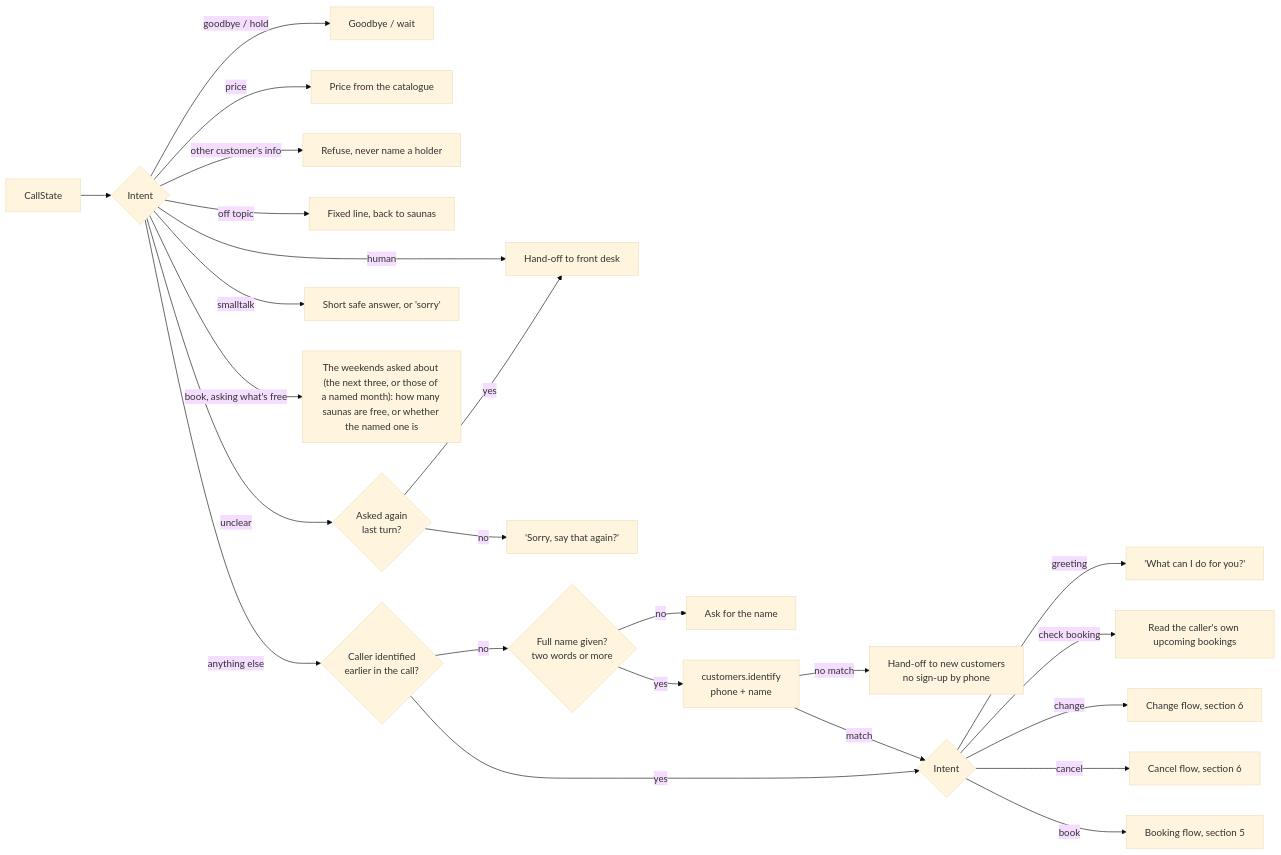
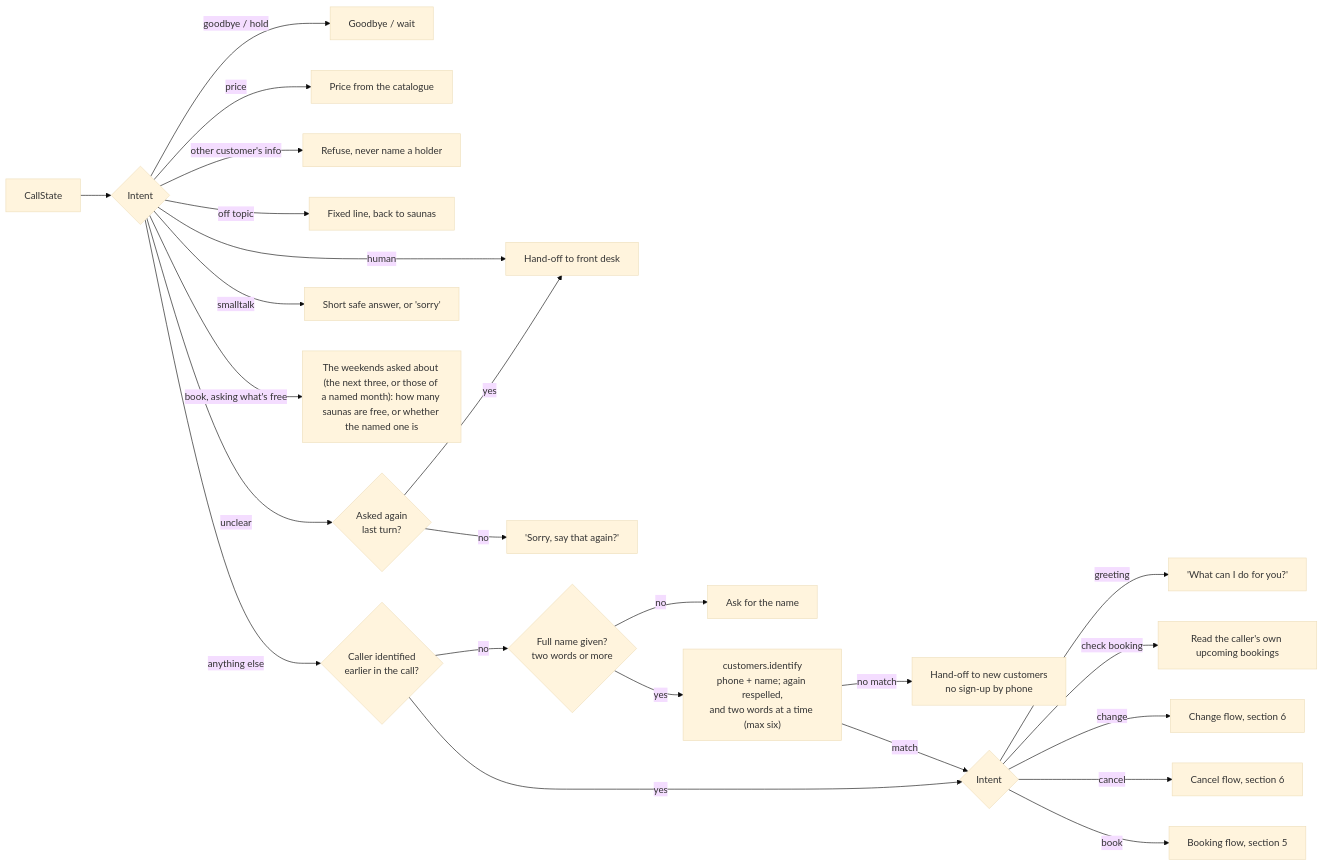
The third of 5 diagrams in docs/architecture/logic-flow.md (GoxMAN8/pirtis-on-wheels), drawn with Mermaid (base theme) before and after one commit. The commit also changed other lines of this file and 10 other files, not shown here.

````diff
--- a/docs/architecture/logic-flow.md
+++ b/docs/architecture/logic-flow.md
@@ -121,26 +121,26 @@
 ```mermaid
 flowchart LR
   s["CallState"] --> open{"Intent"}
   open -->|"human"| h["Hand-off to front desk"]
   open -->|"goodbye / hold"| gh["Goodbye / wait"]
   open -->|"price"| pr["Price from the catalogue"]
   open -->|"other customer's info"| rf["Refuse, never name a holder"]
   open -->|"off topic"| ot["Fixed line, back to saunas"]
   open -->|"unclear"| un{"Asked again<br/>last turn?"}
   un -->|"no"| so["'Sorry, say that again?'"]
   un -->|"yes"| h
   open -->|"smalltalk"| sm["Short safe answer, or 'sorry'"]
   open -->|"book, asking what's free"| fd["The weekends asked about (the next three, or those of a named month): how many saunas are free, or whether the named one is"]
   open -->|"anything else"| idq{"Caller identified<br/>earlier in the call?"}
   idq -->|"no"| full{"Full name given?<br/>two words or more"}
   full -->|"no"| askn["Ask for the name"]
-  full -->|"yes"| ident["customers.identify<br/>phone + name"]
+  full -->|"yes"| ident["customers.identify<br/>phone + name; again respelled,<br/>and two words at a time (max six)"]
   ident -->|"no match"| nc["Hand-off to new customers<br/>no sign-up by phone"]
   ident -->|"match"| intent2{"Intent"}
   idq -->|"yes"| intent2
   intent2 -->|"greeting"| need["'What can I do for you?'"]
   intent2 -->|"check booking"| rd["Read the caller's own upcoming bookings"]
   intent2 -->|"change"| ch["Change flow, section 6"]
   intent2 -->|"cancel"| ca["Cancel flow, section 6"]
   intent2 -->|"book"| bk["Booking flow, section 5"]
 ```
````
